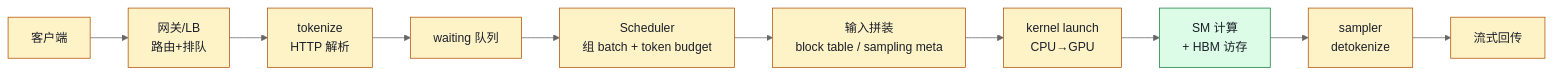
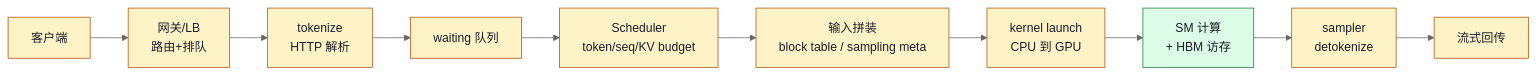
One commit to jwzheng96/vllm-learning-book changed the diagram in 08-production-deployment/10-gpu-utilization-and-tail-latency.md. Above: the diagram before and after it, drawn with Mermaid (neutral theme). The commit also changed other lines of this file and 11 other files, not shown here.

````diff
--- a/08-production-deployment/10-gpu-utilization-and-tail-latency.md
+++ b/08-production-deployment/10-gpu-utilization-and-tail-latency.md
@@ -42,16 +124,16 @@
 ```mermaid
 flowchart LR
     C[客户端] --> LB[网关/LB<br/>路由+排队]
     LB --> TOK[tokenize<br/>HTTP 解析]
     TOK --> WQ[waiting 队列]
-    WQ --> SCH[Scheduler<br/>组 batch + token budget]
+    WQ --> SCH[Scheduler<br/>token/seq/KV budget]
     SCH --> PREP[输入拼装<br/>block table / sampling meta]
-    PREP --> LAUNCH[kernel launch<br/>CPU→GPU]
+    PREP --> LAUNCH[kernel launch<br/>CPU 到 GPU]
     LAUNCH --> SM[SM 计算<br/>+ HBM 访存]
     SM --> SAMP[sampler<br/>detokenize]
     SAMP --> NET[流式回传]
     classDef cpu fill:#fef3c7,stroke:#b45309,color:#1a1f29;
     classDef gpu fill:#dcfce7,stroke:#15803d,color:#1a1f29;
     class C,LB,TOK,WQ,SCH,PREP,LAUNCH,SAMP,NET cpu;
     class SM gpu;
 ```
````
